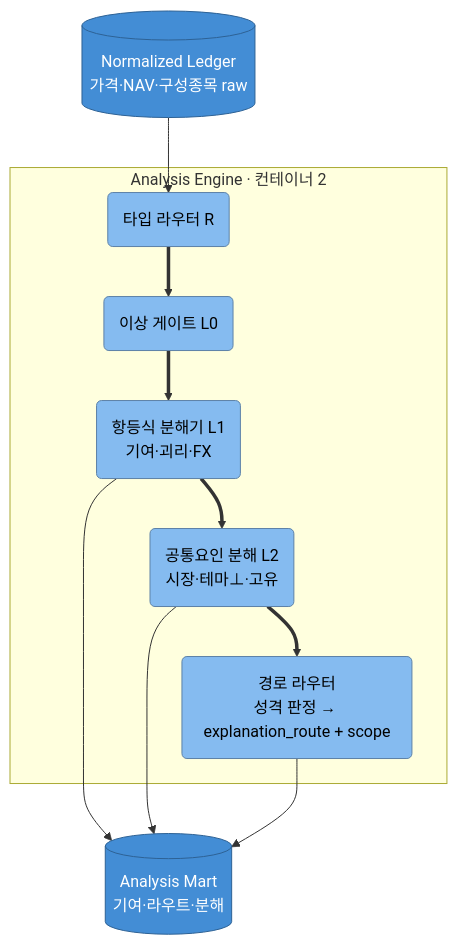
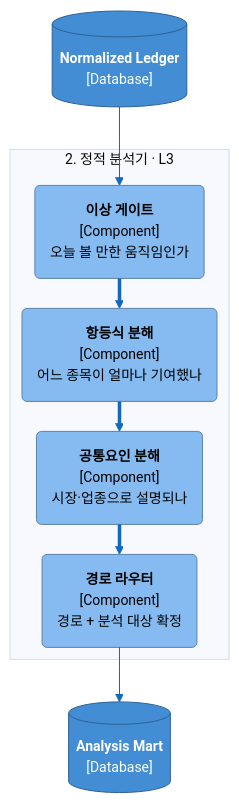
One commit to alphaeveryday/edge changed the third of 7 diagrams in src/apps/analysis-engine/docs/baseline/analysis-engine-design.md. Above: the diagram before and after it, drawn with Mermaid. The commit also changed other lines of this file and 14 other files, not shown here.

First line of the commit message:
wip(docs): analysis-engine 문서 재구성 (경로 이관 전 스냅샷)

````diff
--- a/src/apps/analysis-engine/docs/baseline/analysis-engine-design.md
+++ b/src/apps/analysis-engine/docs/baseline/analysis-engine-design.md
@@ -186,23 +136,20 @@
 ```mermaid
+%%{init:{"flowchart":{"defaultRenderer":"elk","curve":"linear"},"theme":"base","themeVariables":{"lineColor":"#1168bd","textColor":"#333333","fontSize":"14px"},"elk":{"edgeRouting":"ORTHOGONAL","nodePlacementStrategy":"BRANDES_KOEPF","mergeEdges":false,"ranksep":90,"nodeSpacing":55}}}%%
 flowchart TB
+    accTitle: 정적 분석기 컴포넌트 (C4 L3)
+    accDescr: 이상 게이트에서 시작해 항등식 분해·공통요인 분해를 거쳐 경로 라우터가 경로와 분석 대상을 정해 분석 마트에 남긴다
     classDef component fill:#85bbf0,stroke:#5d82a8,color:#000
     classDef database fill:#438dd5,stroke:#2e6295,color:#fff
 
-    LEDGER[("Normalized Ledger<br/>가격·NAV·구성종목 raw")]:::database
-
-    subgraph AE["Analysis Engine · 컨테이너 2"]
-        R("타입 라우터 R"):::component
-        L0("이상 게이트 L0"):::component
-        L1("항등식 분해기 L1<br/>기여·괴리·FX"):::component
-        L2("공통요인 분해 L2<br/>시장·테마⊥·고유"):::component
-        ROUTER("경로 라우터<br/>성격 판정 → explanation_route + scope"):::component
-        R ==> L0 ==> L1 ==> L2 ==> ROUTER
+    LEDGER[("<b>Normalized Ledger</b><br/>[Database]")]:::database
+    subgraph C["2. 정적 분석기 · L3"]
+        GATE("<b>이상 게이트</b><br/>[Component]<br/>오늘 볼 만한 움직임인가"):::component
+        IDENT("<b>항등식 분해</b><br/>[Component]<br/>어느 종목이 얼마나 기여했나"):::component
+        FACTOR("<b>공통요인 분해</b><br/>[Component]<br/>시장·업종으로 설명되나"):::component
+        ROUTER("<b>경로 라우터</b><br/>[Component]<br/>경로 + 분석 대상 확정"):::component
+        GATE ==> IDENT ==> FACTOR ==> ROUTER
     end
-
-    MART[("Analysis Mart<br/>기여·라우트·분해")]:::database
-
-    LEDGER --> R
-    L1 --> MART
-    L2 --> MART
+    MART[("<b>Analysis Mart</b><br/>[Database]")]:::database
+    LEDGER --> GATE
     ROUTER --> MART
 ```
````
